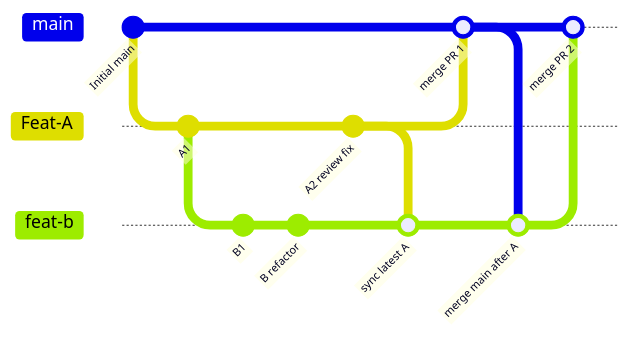
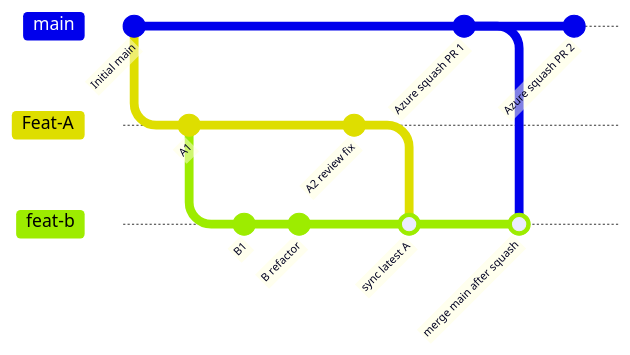
Before and after one commit to solovey1985/a11y: the fourth of 6 diagrams in stacked-feature-branches.md, drawn with Mermaid. The commit also changed other lines of this file, not shown here.

Commit message:
updates to git flow

````diff
--- a/stacked-feature-branches.md
+++ b/stacked-feature-branches.md
@@ -145,21 +212,21 @@
 ```mermaid
 gitGraph
   commit id: "Initial main"
   branch Feat-A
   checkout Feat-A
   commit id: "A1"
   branch feat-b
   checkout feat-b
   commit id: "B1"
   commit id: "B refactor"
   checkout Feat-A
   commit id: "A2 review fix"
   checkout feat-b
   merge Feat-A id: "sync latest A"
   checkout main
-  merge Feat-A id: "merge PR 1"
+  commit id: "Azure squash PR 1"
   checkout feat-b
-  merge main id: "merge main after A"
+  merge main id: "merge main after squash"
   checkout main
-  merge feat-b id: "merge PR 2"
+  commit id: "Azure squash PR 2"
 ```
````
